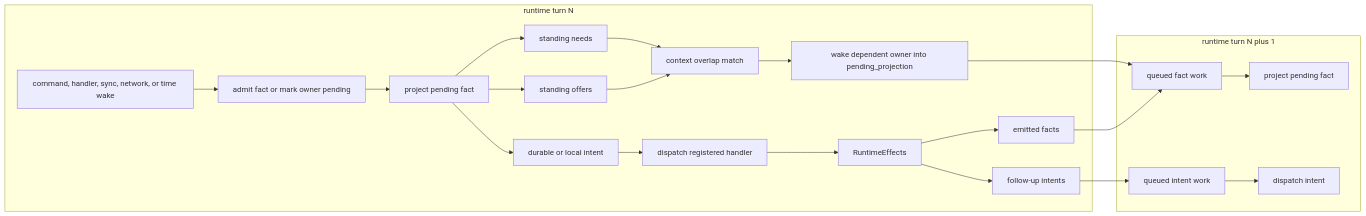
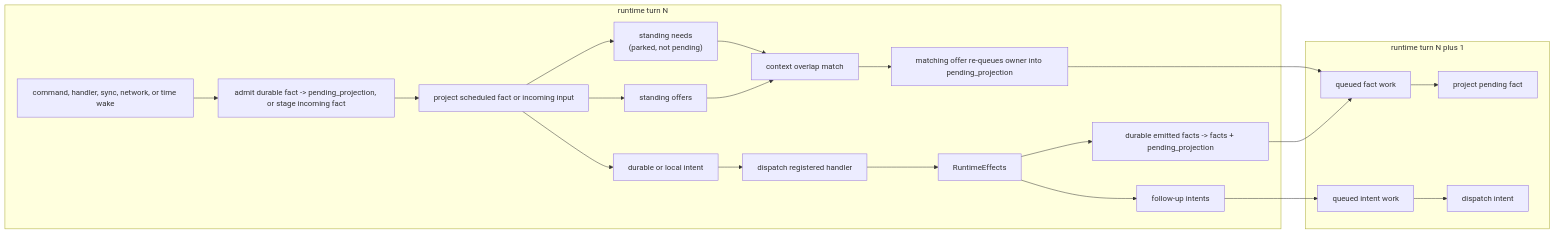
Before and after one commit to holmesworcester/poc-10: the third of 5 diagrams in ARCHITECTURE_DIAGRAMS_ALT.md, drawn with Mermaid. The commit also changed other lines of this file and 2 other files, not shown here.

Commit message:
docs: clarify parked needs and emitted facts

````diff
--- a/ARCHITECTURE_DIAGRAMS_ALT.md
+++ b/ARCHITECTURE_DIAGRAMS_ALT.md
@@ -86,27 +89,27 @@
 ```mermaid
 %%{init: {"flowchart": {"wrappingWidth": 300}} }%%
 flowchart LR
     subgraph TURN_ONE["runtime turn N"]
-        SOURCE["command, handler, sync, network, or time wake"] --> FACT["admit fact or mark owner pending"]
-        FACT --> PROJECT["project pending fact"]
-        PROJECT --> NEEDS["standing needs"]
+        SOURCE["command, handler, sync, network, or time wake"] --> FACT["admit durable fact -> pending_projection, or stage incoming fact"]
+        FACT --> PROJECT["project scheduled fact or incoming input"]
+        PROJECT --> NEEDS["standing needs<br/>(parked, not pending)"]
         PROJECT --> OFFERS["standing offers"]
         OFFERS --> MATCH["context overlap match"]
         NEEDS --> MATCH
-        MATCH --> WAKE["wake dependent owner into pending_projection"]
+        MATCH --> WAKE["matching offer re-queues owner into pending_projection"]
         PROJECT --> INTENT["durable or local intent"]
         INTENT --> HANDLER["dispatch registered handler"]
         HANDLER --> EFFECTS["RuntimeEffects"]
-        EFFECTS --> EMITTED_FACTS["emitted facts"]
+        EFFECTS --> EMITTED_FACTS["durable emitted facts -> facts + pending_projection"]
         EFFECTS --> FOLLOWUPS["follow-up intents"]
     end
 
     EMITTED_FACTS --> QUEUED_FACTS["queued fact work"]
     FOLLOWUPS --> QUEUED_INTENTS["queued intent work"]
     WAKE --> QUEUED_FACTS
 
     subgraph TURN_TWO["runtime turn N plus 1"]
         QUEUED_FACTS --> PROJECT_AGAIN["project pending fact"]
         QUEUED_INTENTS --> HANDLER_AGAIN["dispatch intent"]
     end
 ```
````
